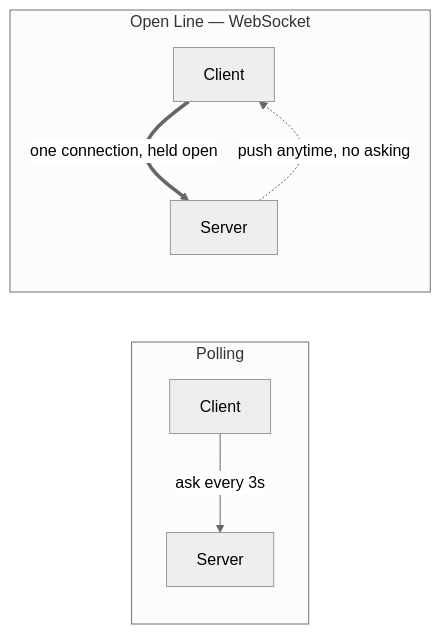
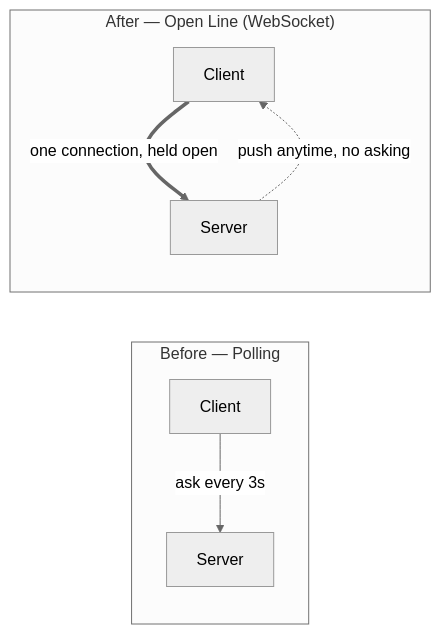
The second of 19 diagrams in system-design/HLD/0-course/36-WhatsApp-FAANG-Guide-story.md (riyaz-pasha/Learnings), drawn with Mermaid (neutral theme) before and after one commit. The commit also changed other lines of this file and 5 other files, not shown here.

Commit message:
[REWRITE] Design Newsfeed story guide: simplify prose, add structure, fix diagrams

````diff
--- a/system-design/HLD/0-course/36-WhatsApp-FAANG-Guide-story.md
+++ b/system-design/HLD/0-course/36-WhatsApp-FAANG-Guide-story.md
@@ -36,10 +97,10 @@
 ```mermaid
 flowchart LR
-    subgraph Before["Polling"]
+    subgraph Before["Before — Polling"]
         A1[Client] -- "ask every 3s" --> S1[Server]
     end
-    subgraph After["Open Line — WebSocket"]
+    subgraph After["After — Open Line (WebSocket)"]
         A2[Client] == "one connection, held open" ==> S2[Server]
         S2 -.->|"push anytime, no asking"| A2
     end
 ```
````
